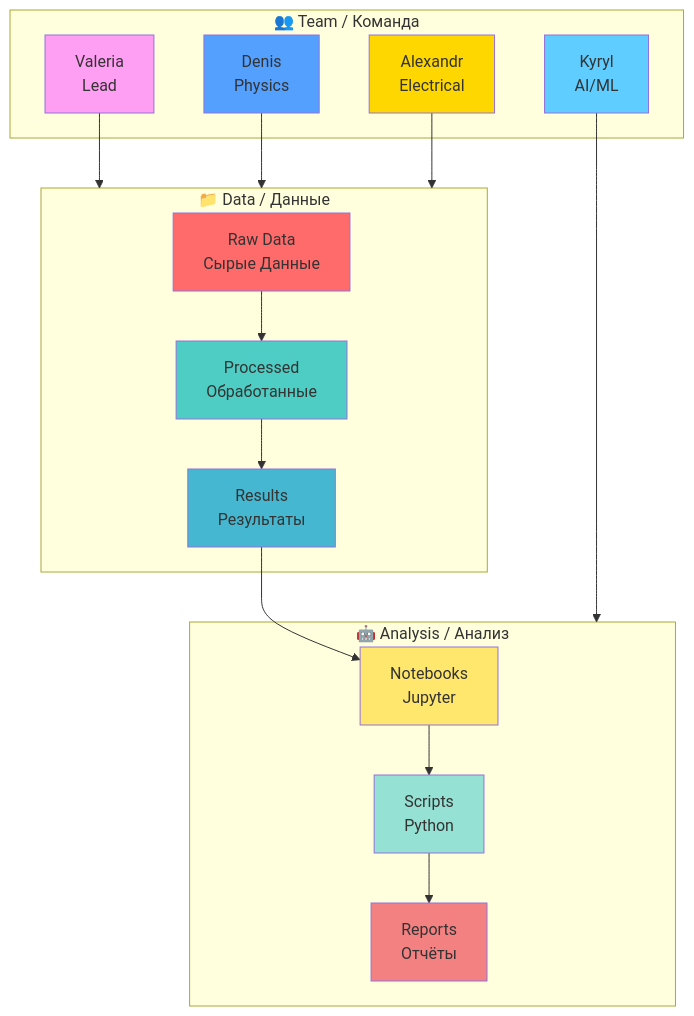
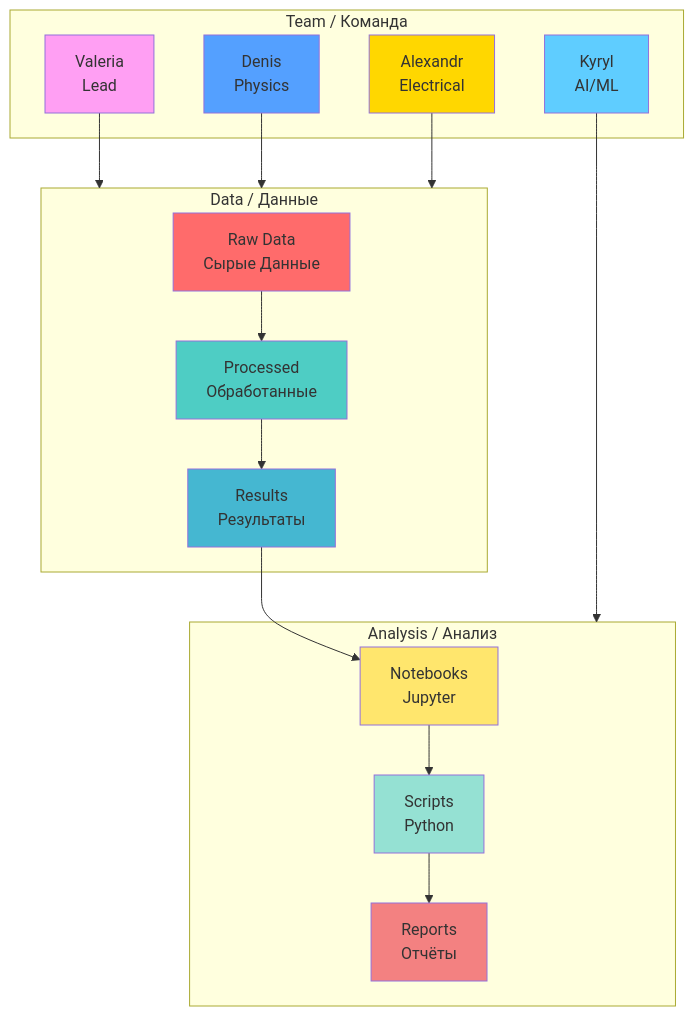
Before and after one commit to AdvancedScientificResearchProjects/Hyperbolic_Field_BloodPlasma_Study: the third of 4 diagrams in ADVANCED_SCIENTIFIC_RESEARCH_PROJECTS/Hyperbolic_Field_BloodPlasma_Study/ISSUE_2_UPDATED.md, drawn with Mermaid. The commit also changed other lines of this file and 46 other files, not shown here.

````diff
--- a/ADVANCED_SCIENTIFIC_RESEARCH_PROJECTS/Hyperbolic_Field_BloodPlasma_Study/ISSUE_2_UPDATED.md
+++ b/ADVANCED_SCIENTIFIC_RESEARCH_PROJECTS/Hyperbolic_Field_BloodPlasma_Study/ISSUE_2_UPDATED.md
@@ -116,39 +116,39 @@
 ```mermaid
 flowchart TB
-    subgraph Data[📁 Data / Данные]
+    subgraph Data[ Data / Данные]
         D1[Raw Data<br/>Сырые Данные]
         D2[Processed<br/>Обработанные]
         D3[Results<br/>Результаты]
     end
     
-    subgraph Analysis[🤖 Analysis / Анализ]
+    subgraph Analysis[ Analysis / Анализ]
         A1[Notebooks<br/>Jupyter]
         A2[Scripts<br/>Python]
         A3[Reports<br/>Отчёты]
     end
     
-    subgraph Team[👥 Team / Команда]
+    subgraph Team[ Team / Команда]
         T1[Valeria<br/>Lead]
         T2[Denis<br/>Physics]
         T3[Kyryl<br/>AI/ML]
         T4[Alexandr<br/>Electrical]
     end
     
     D1 --> D2 --> D3 --> A1 --> A2 --> A3
     
     T1 --> Data
     T2 --> Data
     T3 --> Analysis
     T4 --> Data
     
     style D1 fill:#ff6b6b
     style D2 fill:#4ecdc4
     style D3 fill:#45b7d1
     style A1 fill:#ffe66d
     style A2 fill:#95e1d3
     style A3 fill:#f38181
     style T1 fill:#ff9ff3
     style T2 fill:#54a0ff
     style T3 fill:#5fcdff
     style T4 fill:#ffd700
 ```
````
